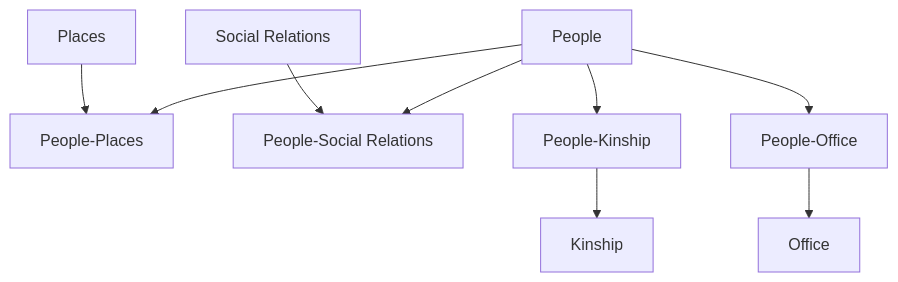
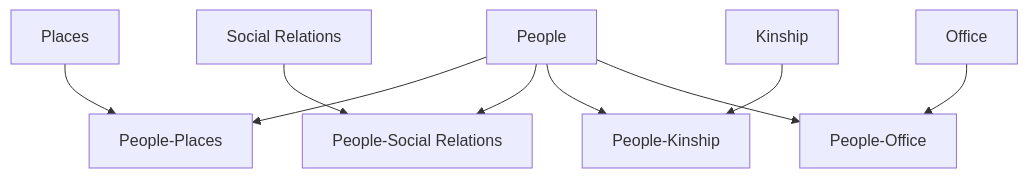
One commit to cbdb-project/cbdb-user-guide changed the second of 2 diagrams in chapter_1_relational_databases.md. Above: the diagram before and after it, drawn with Mermaid. The commit also changed 1 other file, not shown here.

Commit message:
Update chapter 1 and 2 format

````diff
--- a/chapter_1_relational_databases.md
+++ b/chapter_1_relational_databases.md
@@ -164,34 +164,33 @@
 ```mermaid
 flowchart TB
 
     %% Top layer
     Places[Places]
     SocialRelations[Social Relations]
 
     %% Middle relationship layer
     PeoplePlaces[People-Places]
     PeopleSocial[People-Social Relations]
 
     %% Core entity
     People[People]
 
     %% Lower relationship layer
     PeopleKinship[People-Kinship]
     PeopleOffice[People-Office]
 
     %% Bottom layer
     Kinship[Kinship]
     Office[Office]
 
     %% Connections
     Places --> PeoplePlaces
     SocialRelations --> PeopleSocial
+    Kinship --> PeopleKinship
+    Office --> PeopleOffice
 
     People --> PeoplePlaces
     People --> PeopleSocial
     People --> PeopleKinship
     People --> PeopleOffice
-
-    PeopleKinship --> Kinship
-    PeopleOffice --> Office
 ```
````
